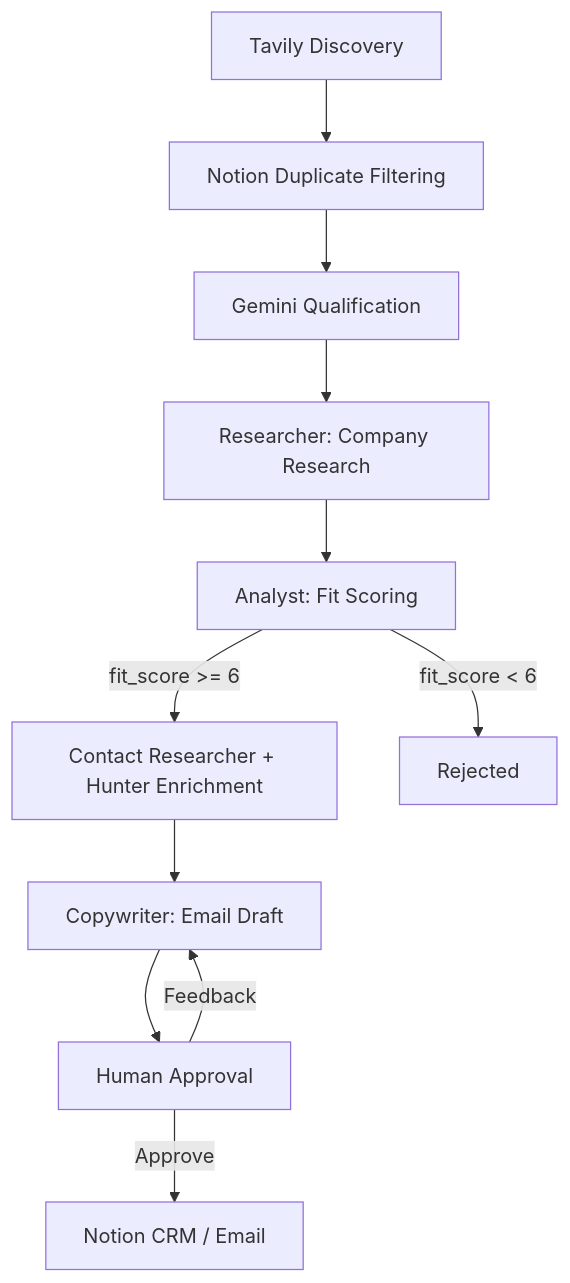
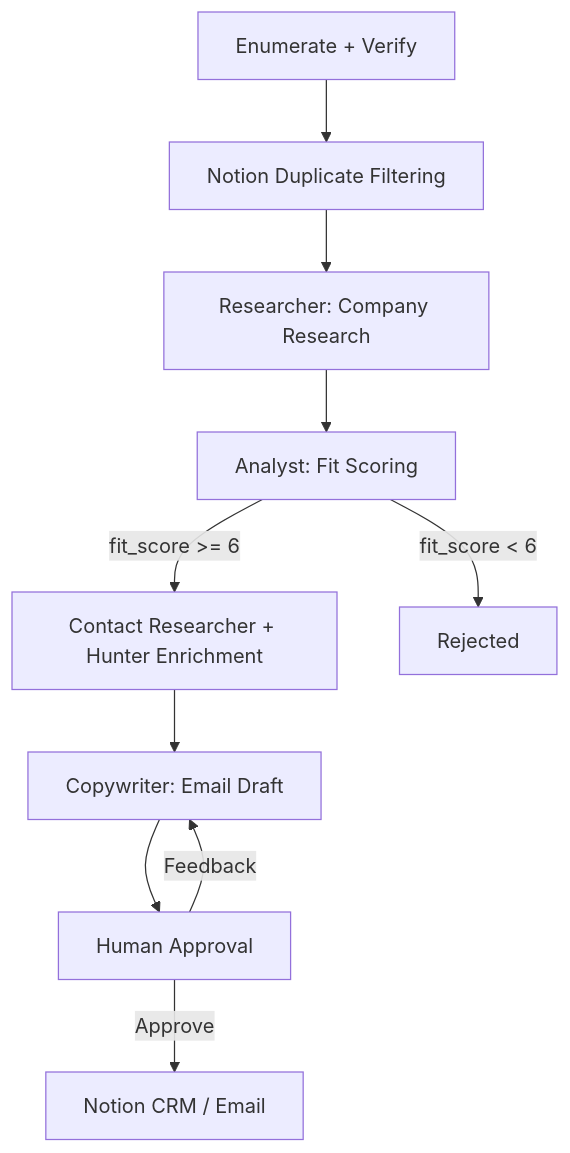
Before and after one commit to csetlek22/DealFlow-AI: the diagram in README.md, drawn with Mermaid. The commit also changed other lines of this file and 19 other files, not shown here.

````diff
--- a/README.md
+++ b/README.md
@@ -84,13 +86,12 @@
 ```mermaid
 flowchart TD
-    A[Tavily Discovery] --> B[Notion Duplicate Filtering]
-    B --> C[Gemini Qualification]
-    C --> D[Researcher: Company Research]
-    D --> E[Analyst: Fit Scoring]
-    E -->|fit_score >= 6| F[Contact Researcher + Hunter Enrichment]
-    E -->|fit_score < 6| X[Rejected]
-    F --> G[Copywriter: Email Draft]
-    G --> H[Human Approval]
-    H -->|Approve| I[Notion CRM / Email]
-    H -->|Feedback| G
+    A[Enumerate + Verify] --> B[Notion Duplicate Filtering]
+    B --> C[Researcher: Company Research]
+    C --> D[Analyst: Fit Scoring]
+    D -->|fit_score >= 6| E[Contact Researcher + Hunter Enrichment]
+    D -->|fit_score < 6| X[Rejected]
+    E --> F[Copywriter: Email Draft]
+    F --> G[Human Approval]
+    G -->|Approve| H[Notion CRM / Email]
+    G -->|Feedback| F
 ```
````
